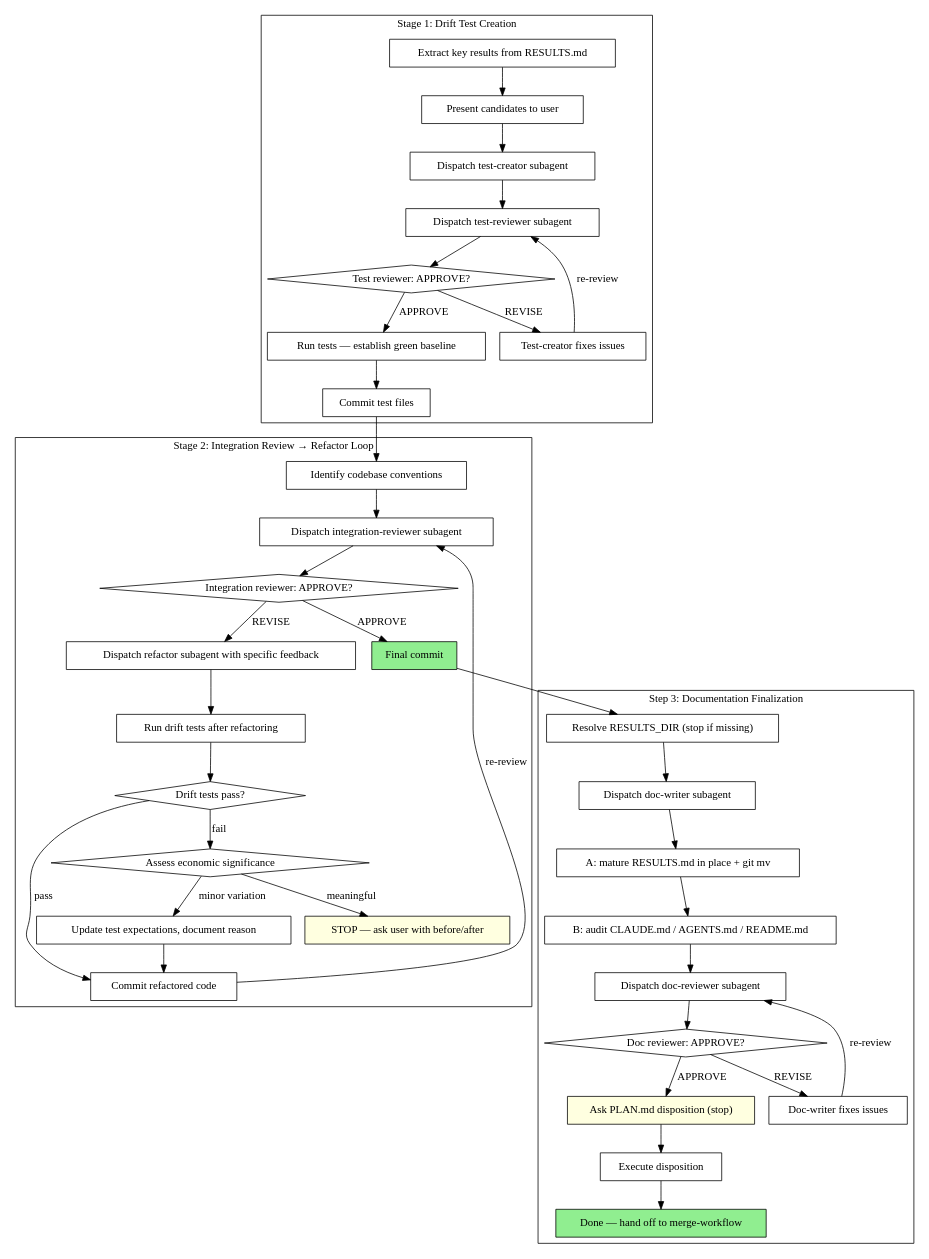
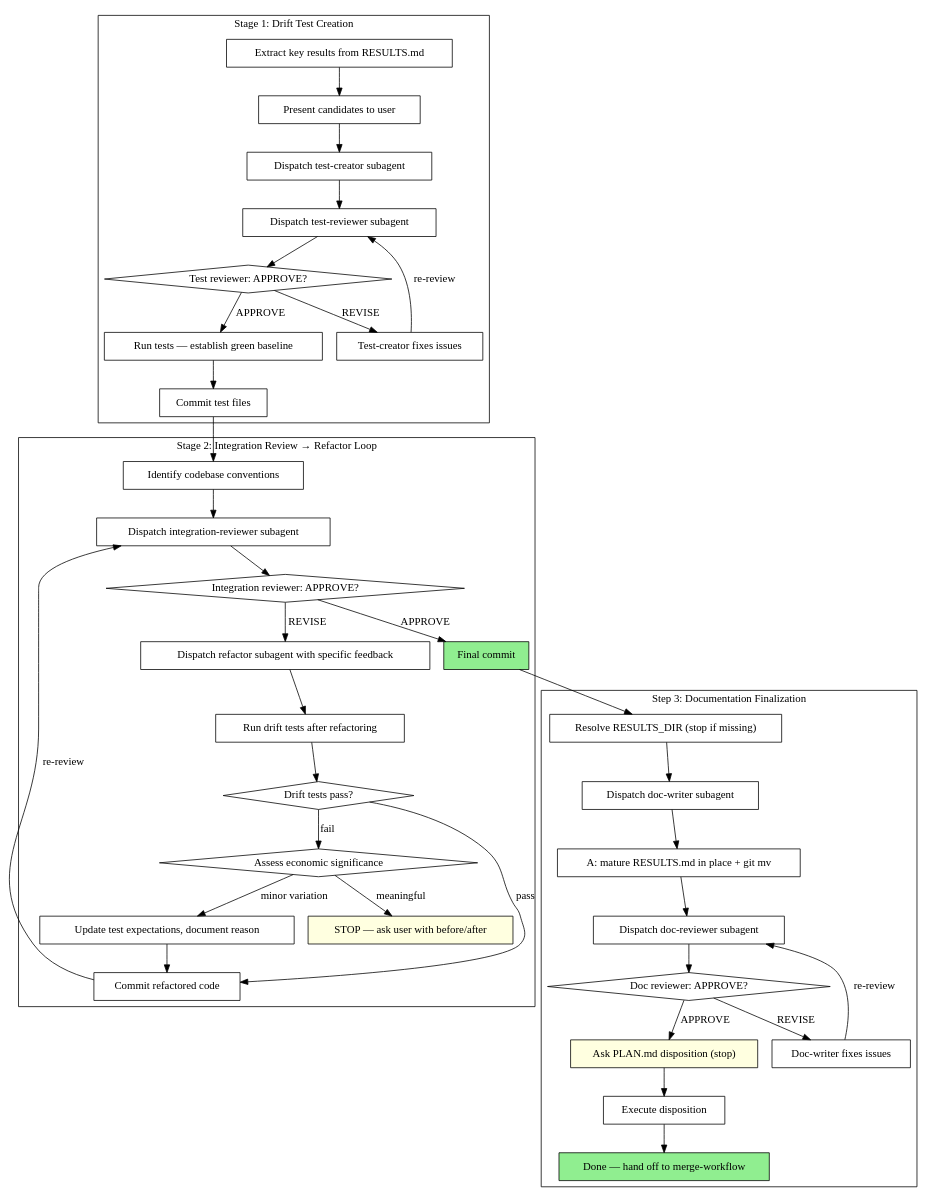
One commit to FuZhiyu/superRA changed the diagram in skills/integration-workflow/SKILL.md. Above: the diagram before and after it, drawn with Graphviz. The commit also changed other lines of this file and 6 other files, not shown here.

````diff
--- a/skills/integration-workflow/SKILL.md
+++ b/skills/integration-workflow/SKILL.md
@@ -20,81 +20,79 @@
 ```dot
 digraph integration_workflow {
     rankdir=TB;
 
     subgraph cluster_stage1 {
         label="Stage 1: Drift Test Creation";
         "Extract key results from RESULTS.md" [shape=box];
         "Present candidates to user" [shape=box];
         "Dispatch test-creator subagent" [shape=box];
         "Dispatch test-reviewer subagent" [shape=box];
         "Test reviewer: APPROVE?" [shape=diamond];
         "Test-creator fixes issues" [shape=box];
         "Run tests — establish green baseline" [shape=box];
         "Commit test files" [shape=box];
     }
 
     subgraph cluster_stage2 {
         label="Stage 2: Integration Review → Refactor Loop";
         "Identify codebase conventions" [shape=box];
         "Dispatch integration-reviewer subagent" [shape=box];
         "Integration reviewer: APPROVE?" [shape=diamond];
         "Dispatch refactor subagent with specific feedback" [shape=box];
         "Run drift tests after refactoring" [shape=box];
         "Drift tests pass?" [shape=diamond];
         "Assess economic significance" [shape=diamond];
         "STOP — ask user with before/after" [shape=box style=filled fillcolor=lightyellow];
         "Update test expectations, document reason" [shape=box];
         "Commit refactored code" [shape=box];
         "Final commit" [shape=box style=filled fillcolor=lightgreen];
     }
 
     "Extract key results from RESULTS.md" -> "Present candidates to user";
     "Present candidates to user" -> "Dispatch test-creator subagent";
     "Dispatch test-creator subagent" -> "Dispatch test-reviewer subagent";
     "Dispatch test-reviewer subagent" -> "Test reviewer: APPROVE?";
     "Test reviewer: APPROVE?" -> "Run tests — establish green baseline" [label="APPROVE"];
     "Test reviewer: APPROVE?" -> "Test-creator fixes issues" [label="REVISE"];
     "Test-creator fixes issues" -> "Dispatch test-reviewer subagent" [label="re-review"];
     "Run tests — establish green baseline" -> "Commit test files";
 
     "Commit test files" -> "Identify codebase conventions";
     "Identify codebase conventions" -> "Dispatch integration-reviewer subagent";
     "Dispatch integration-reviewer subagent" -> "Integration reviewer: APPROVE?";
     "Integration reviewer: APPROVE?" -> "Final commit" [label="APPROVE"];
     "Integration reviewer: APPROVE?" -> "Dispatch refactor subagent with specific feedback" [label="REVISE"];
     "Dispatch refactor subagent with specific feedback" -> "Run drift tests after refactoring";
     "Run drift tests after refactoring" -> "Drift tests pass?";
     "Drift tests pass?" -> "Commit refactored code" [label="pass"];
     "Drift tests pass?" -> "Assess economic significance" [label="fail"];
     "Assess economic significance" -> "STOP — ask user with before/after" [label="meaningful"];
     "Assess economic significance" -> "Update test expectations, document reason" [label="minor variation"];
     "Update test expectations, document reason" -> "Commit refactored code";
     "Commit refactored code" -> "Dispatch integration-reviewer subagent" [label="re-review"];
 
     subgraph cluster_step3 {
         label="Step 3: Documentation Finalization";
         "Resolve RESULTS_DIR (stop if missing)" [shape=box];
         "Dispatch doc-writer subagent" [shape=box];
         "A: mature RESULTS.md in place + git mv" [shape=box];
-        "B: audit CLAUDE.md / AGENTS.md / README.md" [shape=box];
         "Dispatch doc-reviewer subagent" [shape=box];
         "Doc reviewer: APPROVE?" [shape=diamond];
         "Doc-writer fixes issues" [shape=box];
         "Ask PLAN.md disposition (stop)" [shape=box style=filled fillcolor=lightyellow];
         "Execute disposition" [shape=box];
         "Done — hand off to merge-workflow" [shape=box style=filled fillcolor=lightgreen];
     }
 
     "Final commit" -> "Resolve RESULTS_DIR (stop if missing)";
     "Resolve RESULTS_DIR (stop if missing)" -> "Dispatch doc-writer subagent";
     "Dispatch doc-writer subagent" -> "A: mature RESULTS.md in place + git mv";
-    "A: mature RESULTS.md in place + git mv" -> "B: audit CLAUDE.md / AGENTS.md / README.md";
-    "B: audit CLAUDE.md / AGENTS.md / README.md" -> "Dispatch doc-reviewer subagent";
+    "A: mature RESULTS.md in place + git mv" -> "Dispatch doc-reviewer subagent";
     "Dispatch doc-reviewer subagent" -> "Doc reviewer: APPROVE?";
     "Doc reviewer: APPROVE?" -> "Ask PLAN.md disposition (stop)" [label="APPROVE"];
     "Doc reviewer: APPROVE?" -> "Doc-writer fixes issues" [label="REVISE"];
     "Doc-writer fixes issues" -> "Dispatch doc-reviewer subagent" [label="re-review"];
     "Ask PLAN.md disposition (stop)" -> "Execute disposition";
     "Execute disposition" -> "Done — hand off to merge-workflow";
 }
 ```
````
